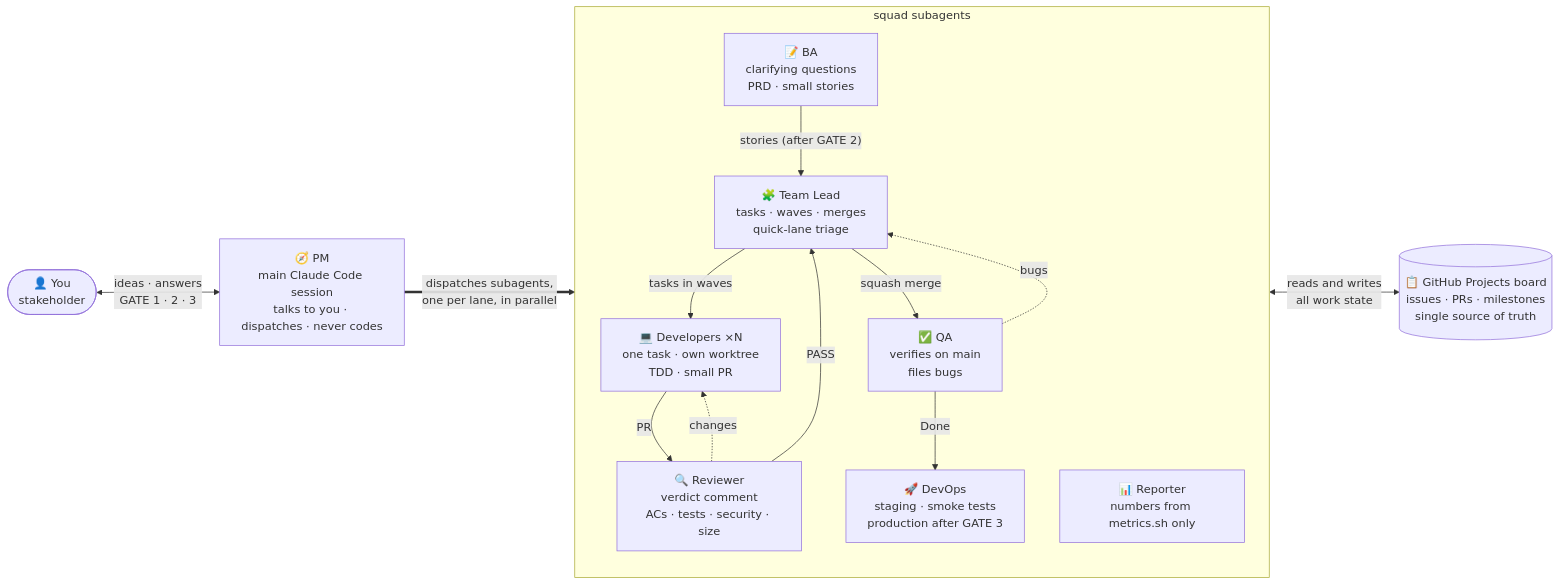
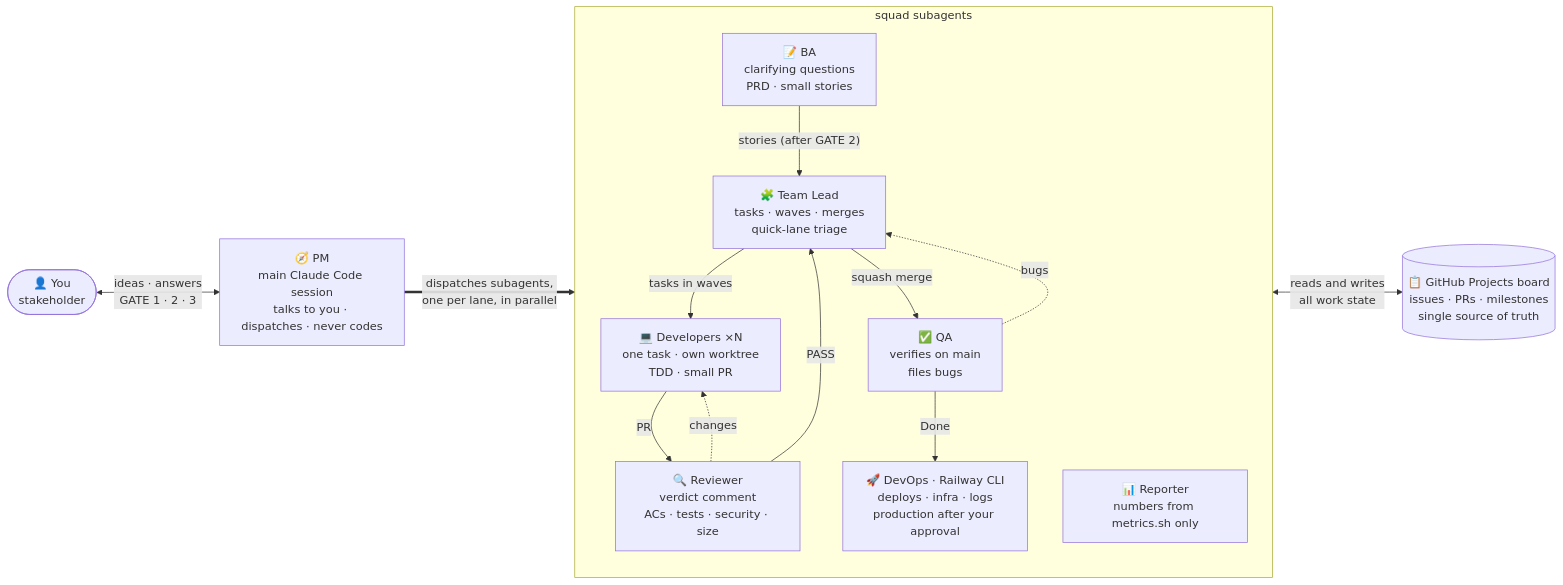
Before and after one commit to congdang-agilityio/agile-squad: the diagram in README.md, drawn with Mermaid. The commit also changed other lines of this file and 30 other files, not shown here.

First line of the commit message:
v0.4.0: DevOps operates Railway with the CLI (no tokens), infra tasks, log error scans

````diff
--- a/README.md
+++ b/README.md
@@ -17,26 +17,26 @@
 ```mermaid
 flowchart LR
     SH(["👤 You<br/>stakeholder"])
     PM["🧭 PM<br/>main Claude Code session<br/>talks to you · dispatches · never codes"]
     BOARD[("📋 GitHub Projects board<br/>issues · PRs · milestones<br/>single source of truth")]
     SH <-->|"ideas · answers<br/>GATE 1 · 2 · 3"| PM
     PM ==>|"dispatches subagents,<br/>one per lane, in parallel"| TEAM
     subgraph TEAM["squad subagents"]
         BA["📝 BA<br/>clarifying questions<br/>PRD · small stories"]
         TL["🧩 Team Lead<br/>tasks · waves · merges<br/>quick-lane triage"]
         DEV["💻 Developers ×N<br/>one task · own worktree<br/>TDD · small PR"]
         REV["🔍 Reviewer<br/>verdict comment<br/>ACs · tests · security · size"]
         QA["✅ QA<br/>verifies on main<br/>files bugs"]
-        OPS["🚀 DevOps<br/>staging · smoke tests<br/>production after GATE 3"]
+        OPS["🚀 DevOps · Railway CLI<br/>deploys · infra · logs<br/>production after your approval"]
         REP["📊 Reporter<br/>numbers from metrics.sh only"]
         BA -->|"stories (after GATE 2)"| TL
         TL -->|"tasks in waves"| DEV
         DEV -->|PR| REV
         REV -.->|changes| DEV
         REV -->|PASS| TL
         TL -->|squash merge| QA
         QA -.->|bugs| TL
         QA -->|Done| OPS
     end
     TEAM <-->|"reads and writes<br/>all work state"| BOARD
 ```
````
